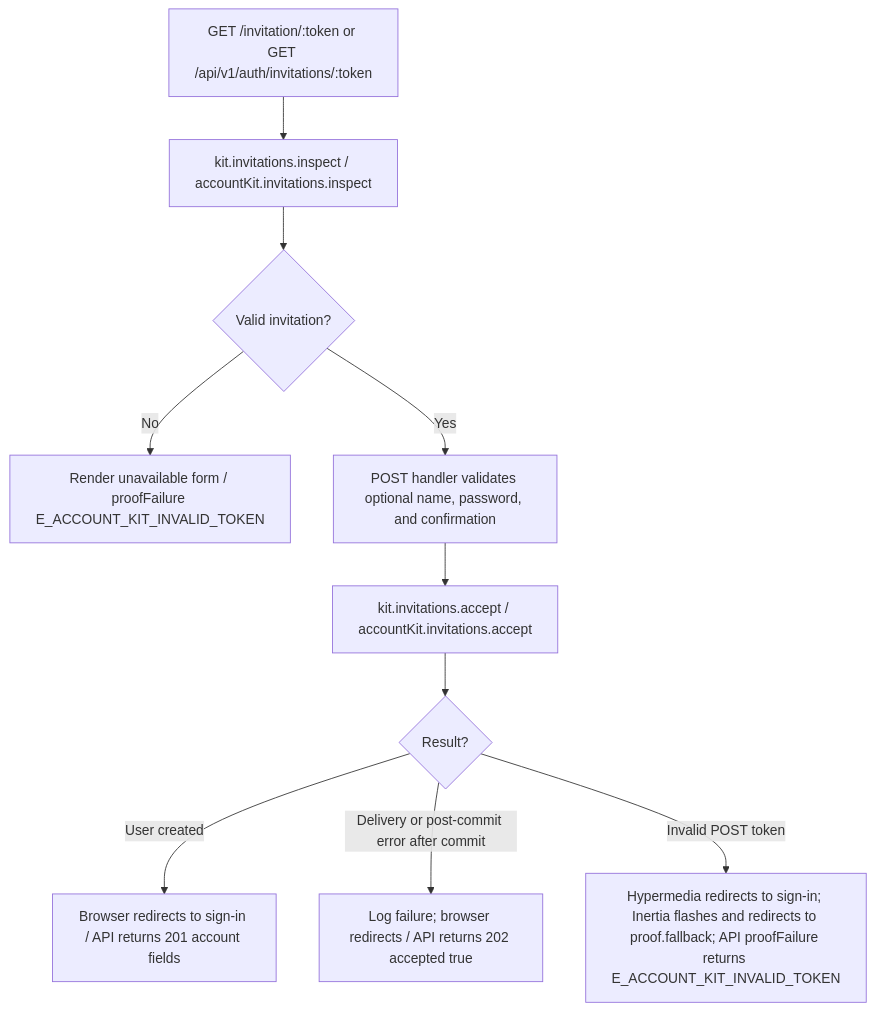
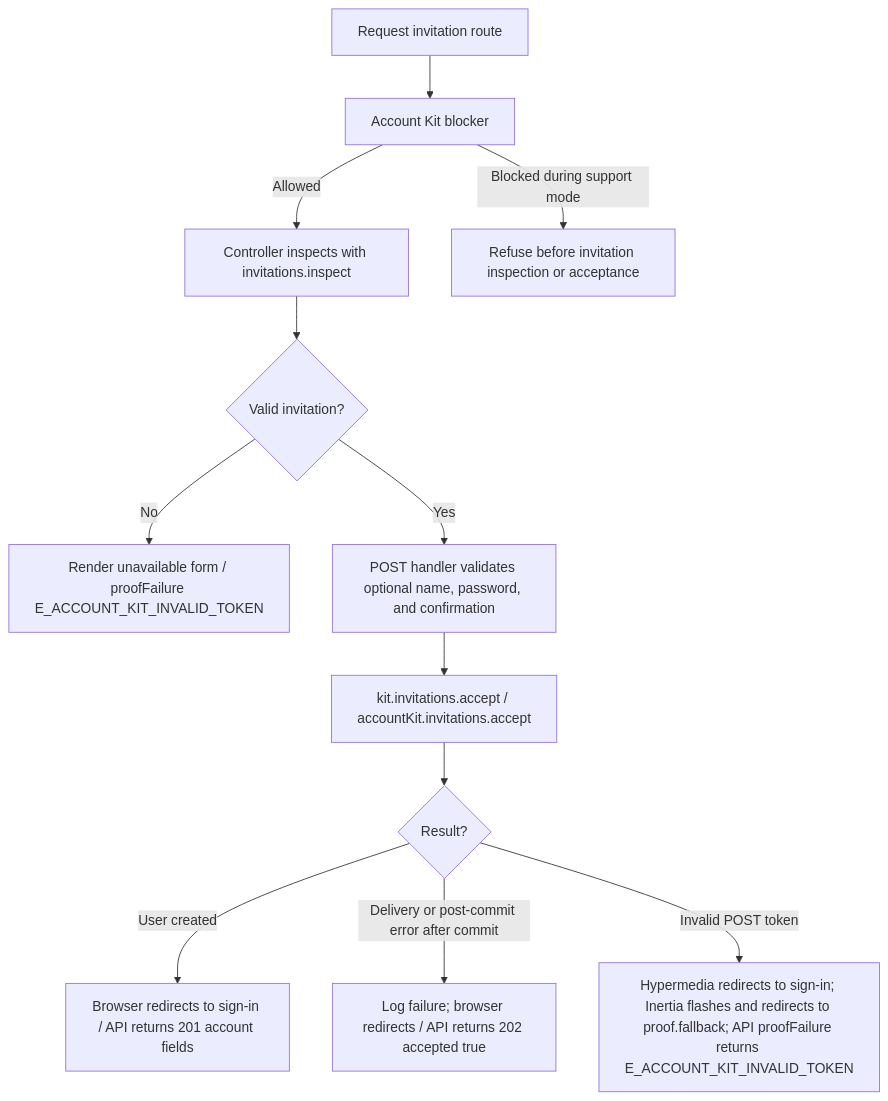
One commit to Kevinjohn/oss-adonisjs-starter-examples changed the second of 2 diagrams in user-stories/teams/us-team-05-accept-invitation.md. Above: the diagram before and after it, drawn with Mermaid. The commit also changed other lines of this file and 12 other files, not shown here.

````diff
--- a/user-stories/teams/us-team-05-accept-invitation.md
+++ b/user-stories/teams/us-team-05-accept-invitation.md
@@ -46,12 +48,14 @@
 ```mermaid
 flowchart TD
-    A["GET /invitation/:token or GET /api/v1/auth/invitations/:token"] --> B["kit.invitations.inspect / accountKit.invitations.inspect"]
+    A["Request invitation route"] --> Z["Account Kit blocker"]
+    Z -->|Allowed| B["Controller inspects with invitations.inspect"]
+    Z -->|Blocked during support mode| Z1["Refuse before invitation inspection or acceptance"]
     B --> C{"Valid invitation?"}
     C -->|No| D["Render unavailable form / proofFailure E_ACCOUNT_KIT_INVALID_TOKEN"]
     C -->|Yes| E["POST handler validates optional name, password, and confirmation"]
     E --> F["kit.invitations.accept / accountKit.invitations.accept"]
     F --> G{"Result?"}
     G -->|User created| H["Browser redirects to sign-in / API returns 201 account fields"]
     G -->|Delivery or post-commit error after commit| I["Log failure; browser redirects / API returns 202 accepted true"]
     G -->|Invalid POST token| J["Hypermedia redirects to sign-in; Inertia flashes and redirects to proof.fallback; API proofFailure returns E_ACCOUNT_KIT_INVALID_TOKEN"]
 ```
````
